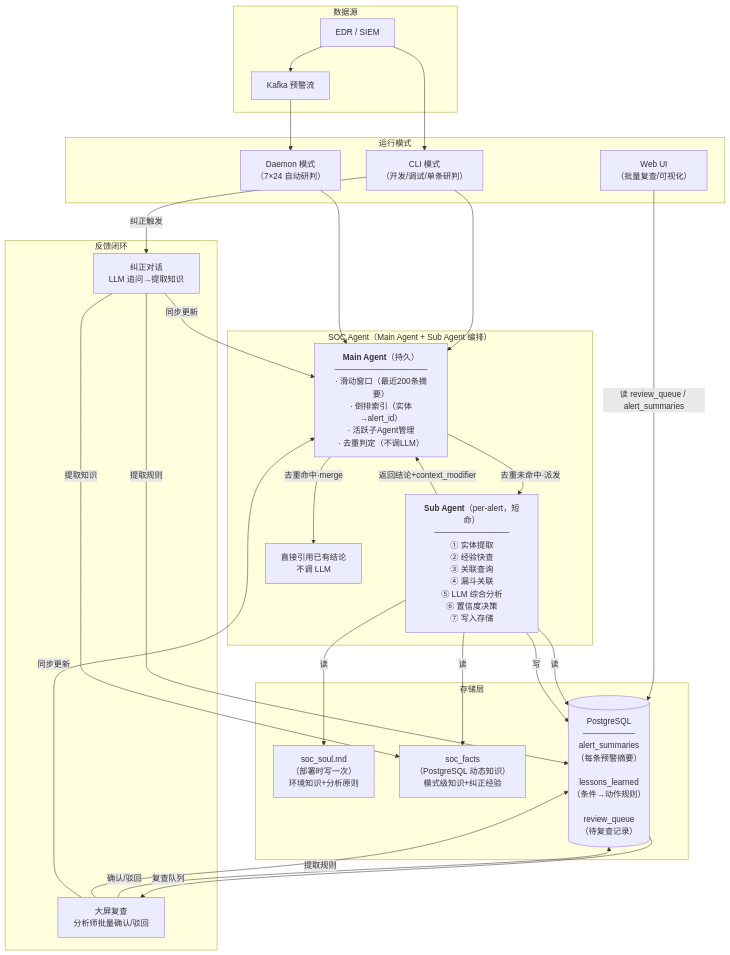
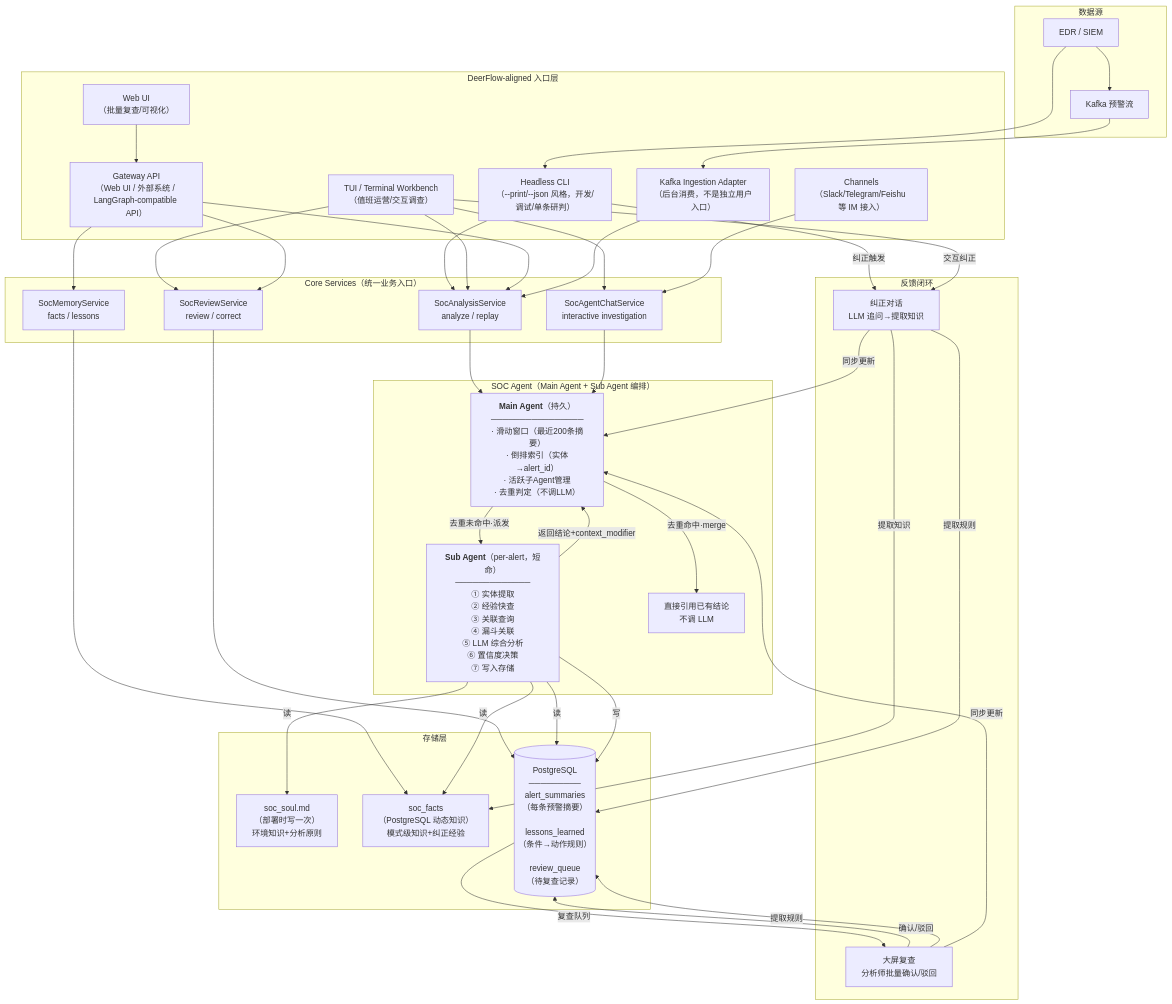
Before and after one commit to yydspanda/deer-flow: the first of 3 diagrams in .notes/ai_soc/soc-agent-solution.md, drawn with Mermaid. The commit also changed other lines of this file and 10 other files, not shown here.

Commit message:
Align SOC entry surfaces and service context

````diff
--- a/.notes/ai_soc/soc-agent-solution.md
+++ b/.notes/ai_soc/soc-agent-solution.md
@@ -41,57 +55,80 @@
 ```mermaid
 graph TB
     subgraph 数据源
         EDR["EDR / SIEM"]
         KAFKA["Kafka 预警流"]
     end
 
-    subgraph 运行模式
-        CLI_MODE["CLI 模式<br/>（开发/调试/单条研判）"]
-        DAEMON_MODE["Daemon 模式<br/>（7×24 自动研判）"]
+    subgraph 入口层["DeerFlow-aligned 入口层"]
+        TUI_MODE["TUI / Terminal Workbench<br/>（值班运营/交互调查）"]
+        CLI_MODE["Headless CLI<br/>（--print/--json 风格，开发/调试/单条研判）"]
+        API_MODE["Gateway API<br/>（Web UI / 外部系统 / LangGraph-compatible API）"]
         WEB_UI["Web UI<br/>（批量复查/可视化）"]
+        CHANNEL_MODE["Channels<br/>（Slack/Telegram/Feishu 等 IM 接入）"]
+        INGEST_MODE["Kafka Ingestion Adapter<br/>（后台消费，不是独立用户入口）"]
+    end
+
+    subgraph SERVICES["Core Services（统一业务入口）"]
+        ANALYSIS_SERVICE["SocAnalysisService<br/>analyze / replay"]
+        REVIEW_SERVICE["SocReviewService<br/>review / correct"]
+        MEMORY_SERVICE["SocMemoryService<br/>facts / lessons"]
+        CHAT_SERVICE["SocAgentChatService<br/>interactive investigation"]
     end
 
     subgraph SOC_Agent["SOC Agent（Main Agent + Sub Agent 编排）"]
         MAIN["<b>Main Agent</b>（持久）<br/>────────────────<br/>· 滑动窗口（最近200条摘要）<br/>· 倒排索引（实体→alert_id）<br/>· 活跃子Agent管理<br/>· 去重判定（不调LLM）"]
         
         SUB["<b>Sub Agent</b>（per-alert，短命）<br/>─────────────<br/>① 实体提取<br/>② 经验快查<br/>③ 关联查询<br/>④ 漏斗关联<br/>⑤ LLM 综合分析<br/>⑥ 置信度决策<br/>⑦ 写入存储"]
         
         MAIN -->|"去重未命中·派发"| SUB
         MAIN -->|"去重命中·merge"| SKIP_MERGE["直接引用已有结论<br/>不调 LLM"]
         SUB -->|"返回结论+context_modifier"| MAIN
     end
 
     subgraph 存储层
         SOUL["soc_soul.md<br/>（部署时写一次）<br/>环境知识+分析原则"]
         MEMORY["soc_facts<br/>（PostgreSQL 动态知识）<br/>模式级知识+纠正经验"]
         DB[("PostgreSQL<br/>─────────<br/>alert_summaries<br/>（每条预警摘要）<br/><br/>lessons_learned<br/>（条件→动作规则）<br/><br/>review_queue<br/>（待复查记录）")]
     end
 
     subgraph 反馈闭环
         CORRECT["纠正对话<br/>LLM 追问→提取知识"]
         REVIEW["大屏复查<br/>分析师批量确认/驳回"]
     end
 
     EDR --> KAFKA
-    KAFKA --> DAEMON_MODE
+    KAFKA --> INGEST_MODE
     EDR --> CLI_MODE
 
-    CLI_MODE --> MAIN
-    DAEMON_MODE --> MAIN
-    WEB_UI -->|读 review_queue / alert_summaries| DB
+    CLI_MODE --> ANALYSIS_SERVICE
+    TUI_MODE --> ANALYSIS_SERVICE
+    TUI_MODE --> REVIEW_SERVICE
+    TUI_MODE --> CHAT_SERVICE
+    API_MODE --> ANALYSIS_SERVICE
+    API_MODE --> REVIEW_SERVICE
+    API_MODE --> MEMORY_SERVICE
+    CHANNEL_MODE --> CHAT_SERVICE
+    INGEST_MODE --> ANALYSIS_SERVICE
+    WEB_UI --> API_MODE
+
+    ANALYSIS_SERVICE --> MAIN
+    REVIEW_SERVICE --> DB
+    MEMORY_SERVICE --> MEMORY
+    CHAT_SERVICE --> MAIN
 
     SUB -->|读| SOUL
     SUB -->|读| MEMORY
     SUB -->|读| DB
     SUB -->|写| DB
 
     CLI_MODE -->|纠正触发| CORRECT
+    TUI_MODE -->|交互纠正| CORRECT
     CORRECT -->|提取知识| MEMORY
     CORRECT -->|提取规则| DB
     CORRECT -->|同步更新| MAIN
 
     DB -->|复查队列| REVIEW
     REVIEW -->|确认/驳回| DB
     REVIEW -->|提取规则| DB
     REVIEW -->|同步更新| MAIN
 ```
````
